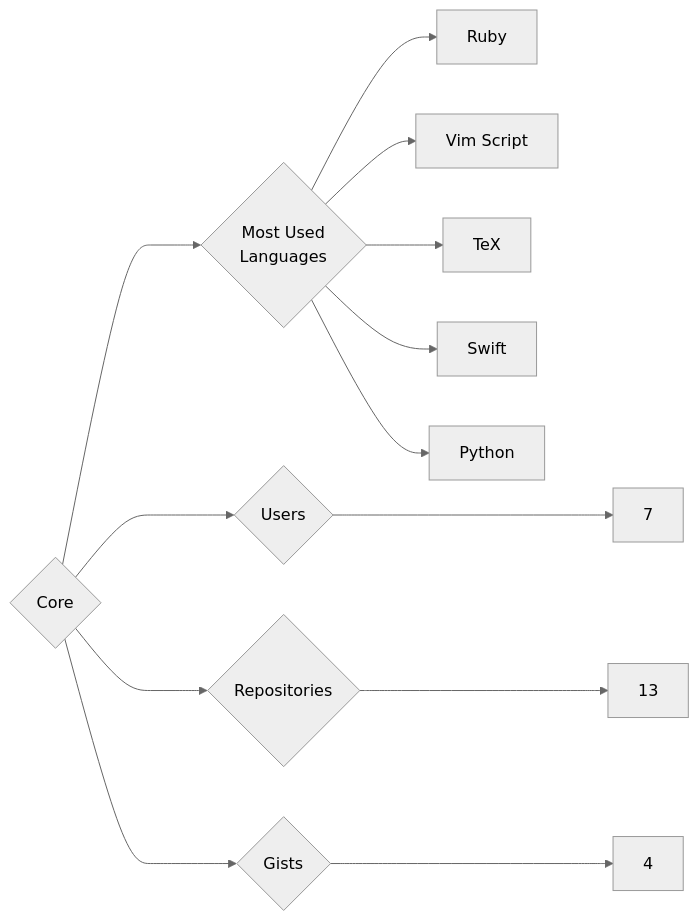
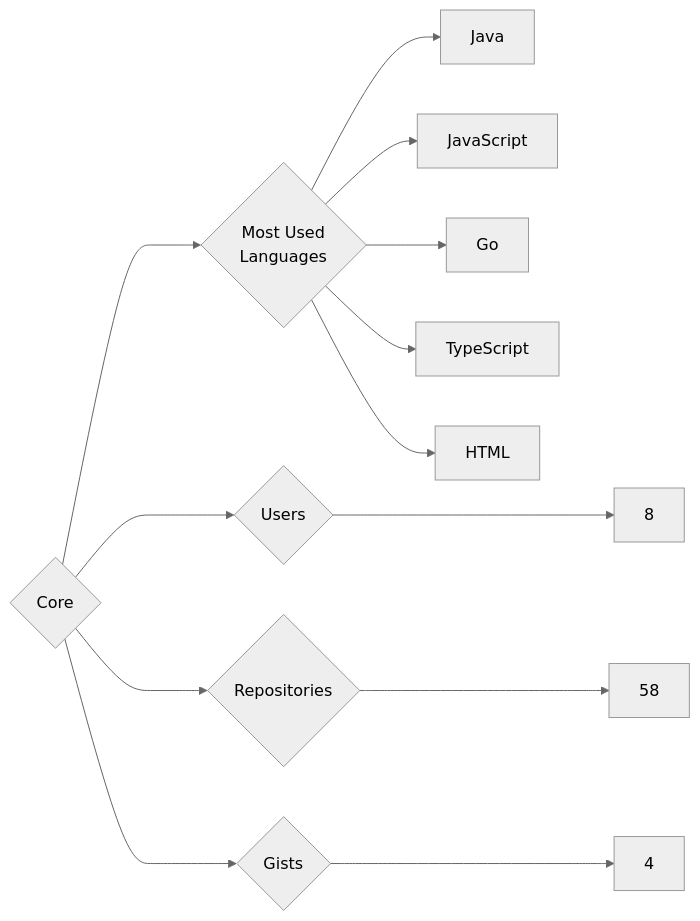
One commit to trickest/insiders changed the diagram in targets/Core/README.md. Above: the diagram before and after it, drawn with Mermaid (neutral theme). The commit also changed 933 other files, not shown here.

````diff
--- a/targets/Core/README.md
+++ b/targets/Core/README.md
@@ -3,13 +3,13 @@
 ```mermaid
 graph LR
 COMPANY_NAME{Core}
-COMPANY_NAME ---> U{Users} ---> UN[7]
-COMPANY_NAME ---> R{Repositories} ---> RN[13]
+COMPANY_NAME ---> U{Users} ---> UN[8]
+COMPANY_NAME ---> R{Repositories} ---> RN[58]
 COMPANY_NAME ---> G{Gists} ---> GN[4]
 COMPANY_NAME ---> ML{Most Used<br>Languages}
-ML --> Ruby[Ruby]
-ML --> Vim_Script[Vim Script]
-ML --> TeX[TeX]
-ML --> Swift[Swift]
-ML --> Python[Python]
+ML --> Java[Java]
+ML --> JavaScript[JavaScript]
+ML --> Go[Go]
+ML --> TypeScript[TypeScript]
+ML --> HTML[HTML]
 ```
````
